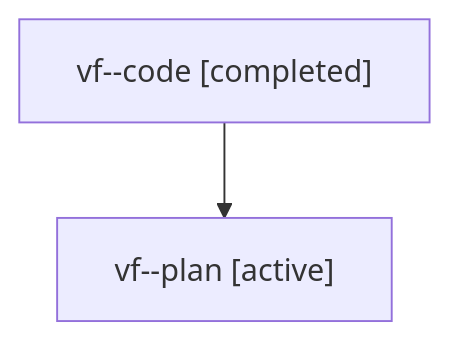
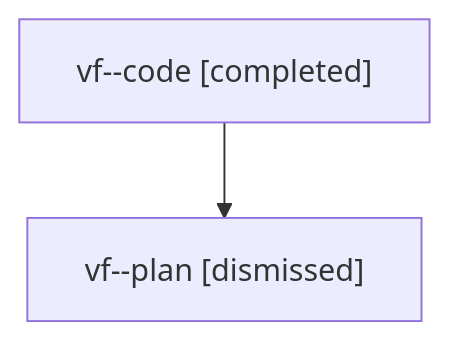
The diagram in sessions/bbugyi200.athena.vf.md (sase-org/sase--agents), drawn with Mermaid before and after one commit. The commit also changed other lines of this file and 21 other files, not shown here.

````diff
--- a/sessions/bbugyi200.athena.vf.md
+++ b/sessions/bbugyi200.athena.vf.md
@@ -9,6 +9,6 @@
 ```mermaid
 flowchart TD
   n0["vf--code [completed]"]
-  n1["vf--plan [active]"]
+  n1["vf--plan [dismissed]"]
   n0 --> n1
 ```
````
